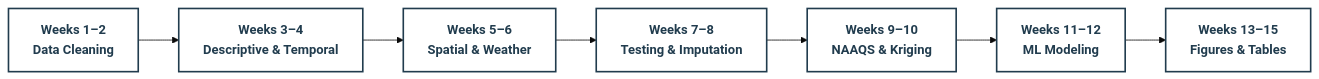
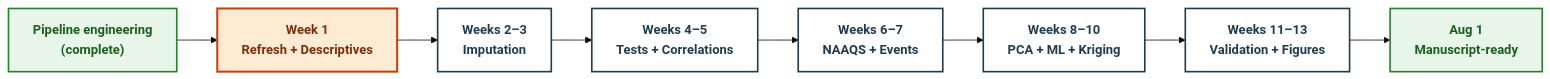
One commit to AidanJMeyers/south-texas-aq-pipeline changed the second of 2 diagrams in pipeline/docs/16_project_timeline.md. Above: the diagram before and after it, drawn with Mermaid. The commit also changed other lines of this file and 7 other files, not shown here.

````diff
--- a/pipeline/docs/16_project_timeline.md
+++ b/pipeline/docs/16_project_timeline.md
@@ -253,17 +352,23 @@
 ```mermaid
 %%{init: {'theme':'base','themeVariables':{'fontFamily':'Arial'}}}%%
 flowchart LR
     classDef phase fill:#FFFFFF,stroke:#213c4e,stroke-width:2px,color:#213c4e,font-weight:600
+    classDef hard  fill:#FDEBD3,stroke:#c2410c,stroke-width:2.5px,color:#7c2d0b,font-weight:700
+    classDef done  fill:#e8f5e9,stroke:#2e7d32,stroke-width:2px,color:#1b5e20,font-weight:600
 
-    P1["Weeks 1–2<br/>Data Cleaning"]
-    P2["Weeks 3–4<br/>Descriptive & Temporal"]
-    P3["Weeks 5–6<br/>Spatial & Weather"]
-    P4["Weeks 7–8<br/>Testing & Imputation"]
-    P5["Weeks 9–10<br/>NAAQS & Kriging"]
-    P6["Weeks 11–12<br/>ML Modeling"]
-    P7["Weeks 13–15<br/>Figures & Tables"]
+    P0["Pipeline engineering<br/>(complete)"]
+    P1["Week 1<br/>Refresh + Descriptives"]
+    P2["Weeks 2–3<br/>Imputation"]
+    P3["Weeks 4–5<br/>Tests + Correlations"]
+    P4["Weeks 6–7<br/>NAAQS + Events"]
+    P5["Weeks 8–10<br/>PCA + ML + Kriging"]
+    P6["Weeks 11–13<br/>Validation + Figures"]
+    DONE["Aug 1<br/>Manuscript-ready"]
 
-    P1 --> P2 --> P3 --> P4 --> P5 --> P6 --> P7
+    P0 --> P1 --> P2 --> P3 --> P4 --> P5 --> P6 --> DONE
 
-    class P1,P2,P3,P4,P5,P6,P7 phase
+    class P0 done
+    class P1 hard
+    class P2,P3,P4,P5,P6 phase
+    class DONE done
 ```
````
